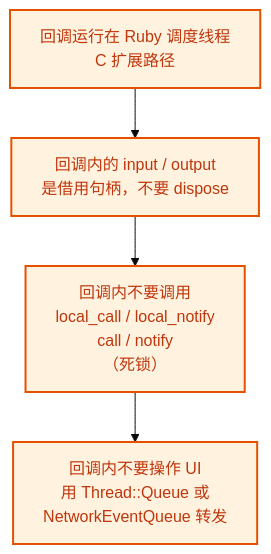
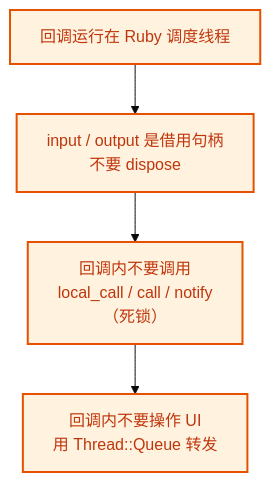
Before and after one commit to PassByYou888/LingoFuse: diagram 16 of 21 in ruby/README.md, drawn with Mermaid (base theme). The commit also changed other lines of this file and 8 other files, not shown here.

````diff
--- a/ruby/README.md
+++ b/ruby/README.md
@@ -1434,11 +978,9 @@
 ```mermaid
 flowchart TD
-    R1["回调运行在 Ruby 调度线程<br/>C 扩展路径"]
-    R1 --> R2["回调内的 input / output<br/>是借用句柄，不要 dispose"]
-    R2 --> R3["回调内不要调用<br/>local_call / local_notify<br/>call / notify<br/>（死锁）"]
-    R3 --> R4["回调内不要操作 UI<br/>用 Thread::Queue 或<br/>NetworkEventQueue 转发"]
+    R1["回调运行在 Ruby 调度线程"] --> R2["input / output 是借用句柄<br/>不要 dispose"]
+    R2 --> R3["回调内不要调用<br/>local_call / call / notify<br/>（死锁）"]
+    R3 --> R4["回调内不要操作 UI<br/>用 Thread::Queue 转发"]
 
     classDef rule fill:#FFF3E0,stroke:#E65100,stroke-width:2px,color:#BF360C
-
     class R1,R2,R3,R4 rule
 ```
````
